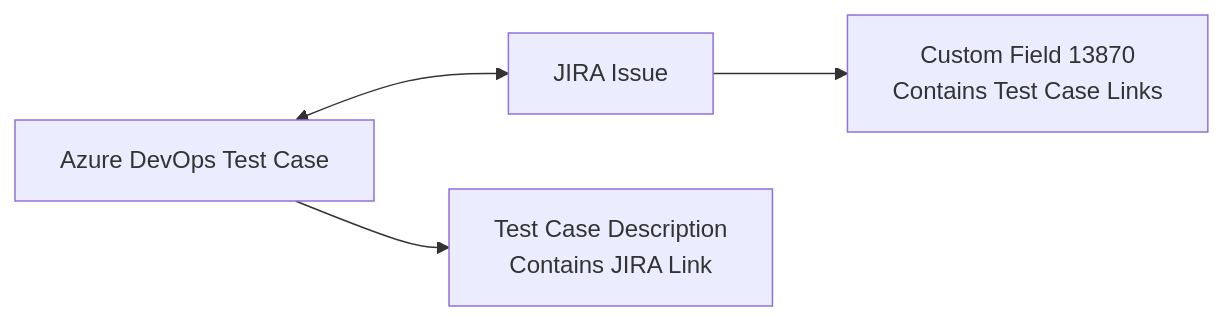
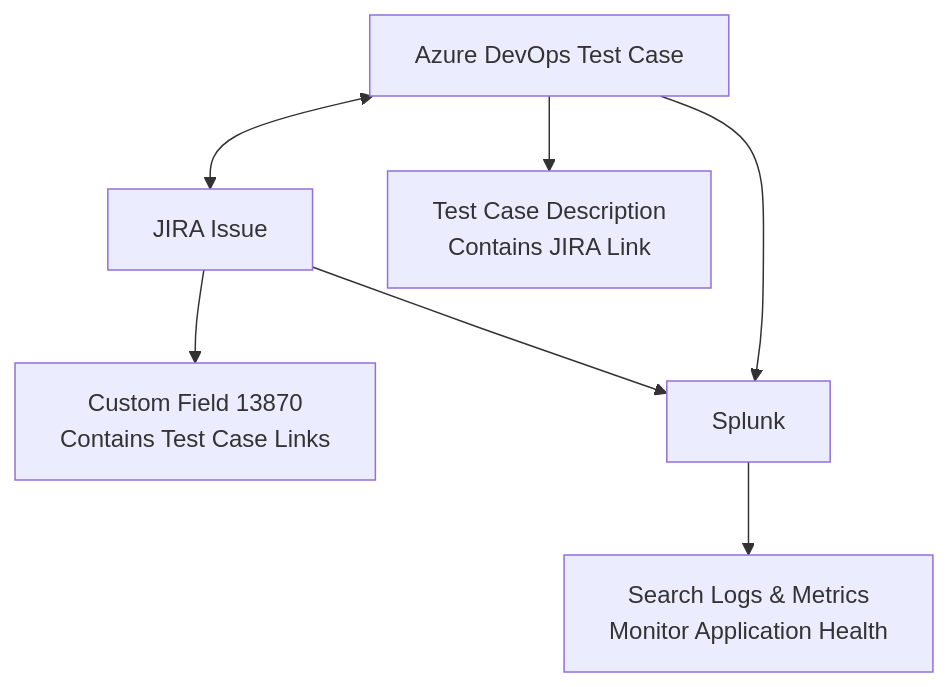
Before and after one commit to michaelnguyenwex/azure-devops-mcp: the diagram in instructions/overview.md, drawn with Mermaid. The commit also changed other lines of this file and 1 other file, not shown here.

Commit message:
feat: Expand README and overview documentation to include Splunk integration details and enhance project structure clarity

````diff
--- a/instructions/overview.md
+++ b/instructions/overview.md
@@ -35,6 +95,9 @@
 ```mermaid
-graph LR
+graph TB
     A[Azure DevOps Test Case] <--> B[JIRA Issue]
     A --> C[Test Case Description<br/>Contains JIRA Link]
     B --> D[Custom Field 13870<br/>Contains Test Case Links]
+    E[Splunk] --> F[Search Logs & Metrics<br/>Monitor Application Health]
+    A --> E
+    B --> E
 ```
````
